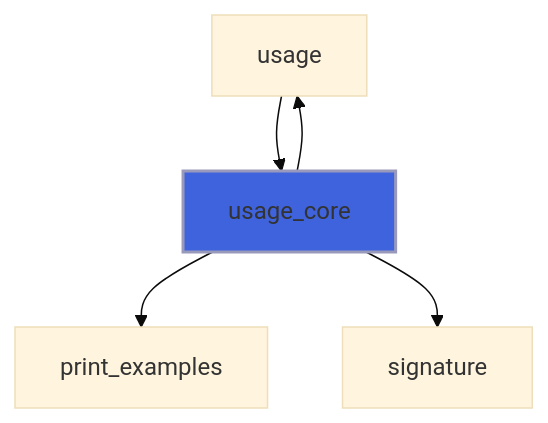
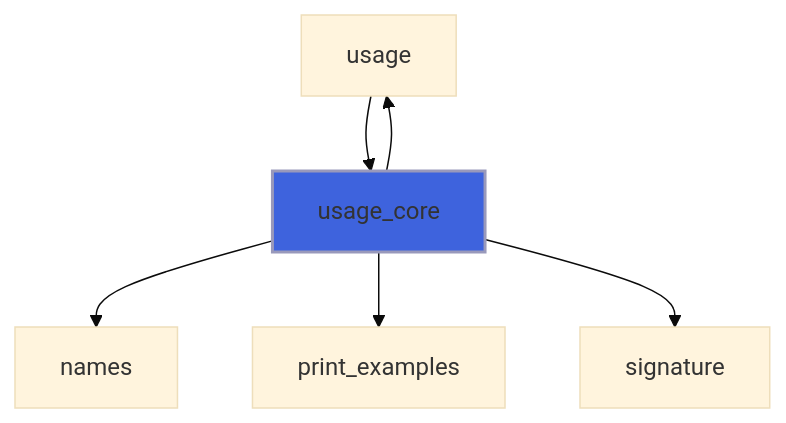
One commit to szaghi/FLAP changed diagram 56 of 57 in docs/api/src/lib/flap_command_line_interface_t.md. Above: the diagram before and after it, drawn with Mermaid (base theme). The commit also changed other lines of this file and 12 other files, not shown here.

````diff
--- a/docs/api/src/lib/flap_command_line_interface_t.md
+++ b/docs/api/src/lib/flap_command_line_interface_t.md
@@ -2128,8 +2141,9 @@
 ```mermaid
 flowchart TD
   usage["usage"] --> usage_core["usage_core"]
+  usage_core["usage_core"] --> names["names"]
   usage_core["usage_core"] --> print_examples["print_examples"]
   usage_core["usage_core"] --> signature["signature"]
   usage_core["usage_core"] --> usage["usage"]
   style usage_core fill:#3e63dd,stroke:#99b,stroke-width:2px
 ```
````
